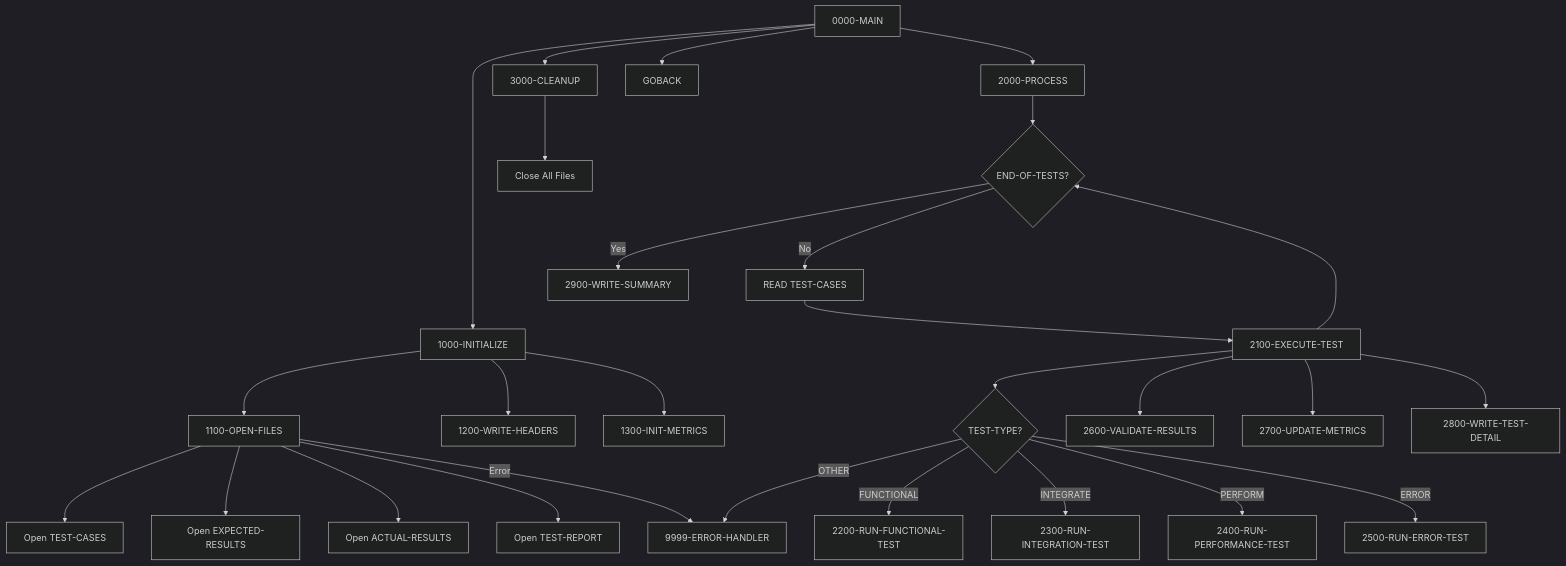
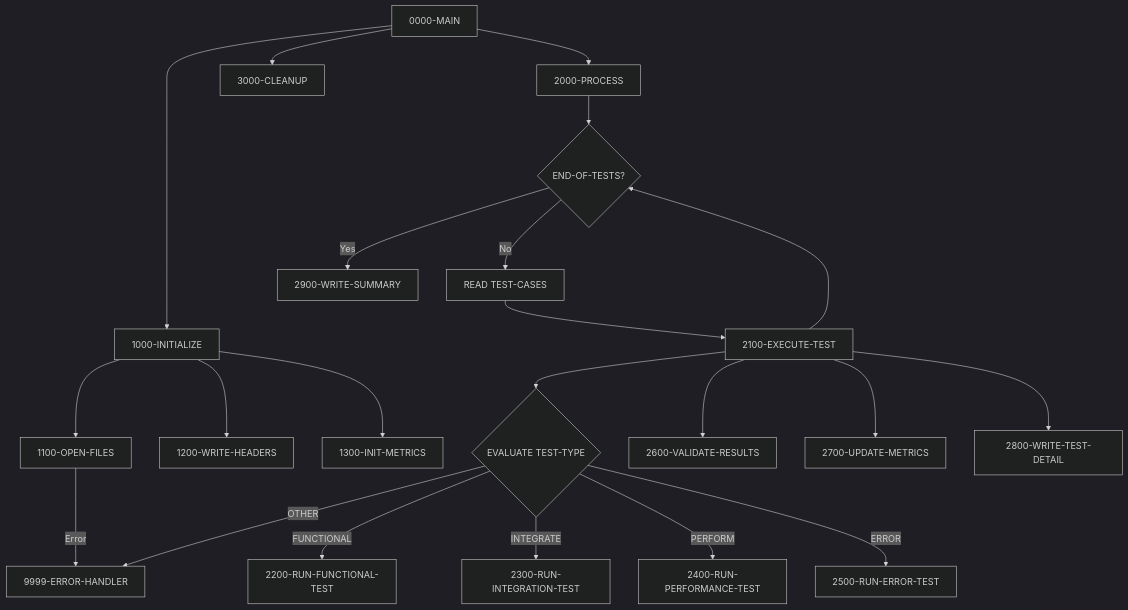
One commit to haladir-com/legacy-benchmark-docs-vb70e1 changed the diagram in docs/programs/TSTVAL00.mdx. Above: the diagram before and after it, drawn with Mermaid (dark theme). The commit also changed other lines of this file and 63 other files, not shown here.

````diff
--- a/docs/programs/TSTVAL00.mdx
+++ b/docs/programs/TSTVAL00.mdx
@@ -16,36 +20,29 @@
 ```mermaid
 graph TD
     A[0000-MAIN] --> B[1000-INITIALIZE]
     A --> C[2000-PROCESS]
     A --> D[3000-CLEANUP]
-    A --> E[GOBACK]
     
     B --> B1[1100-OPEN-FILES]
     B --> B2[1200-WRITE-HEADERS]
     B --> B3[1300-INIT-METRICS]
     
-    B1 --> B1a[Open TEST-CASES]
-    B1 --> B1b[Open EXPECTED-RESULTS]
-    B1 --> B1c[Open ACTUAL-RESULTS]
-    B1 --> B1d[Open TEST-REPORT]
-    B1 -->|Error| ERR[9999-ERROR-HANDLER]
+    B1 -->|Error| E[9999-ERROR-HANDLER]
     
     C --> C1{END-OF-TESTS?}
     C1 -->|No| C2[READ TEST-CASES]
     C2 --> C3[2100-EXECUTE-TEST]
     C3 --> C1
     C1 -->|Yes| C4[2900-WRITE-SUMMARY]
     
-    C3 --> T1{TEST-TYPE?}
-    T1 -->|FUNCTIONAL| T2[2200-RUN-FUNCTIONAL-TEST]
-    T1 -->|INTEGRATE| T3[2300-RUN-INTEGRATION-TEST]
-    T1 -->|PERFORM| T4[2400-RUN-PERFORMANCE-TEST]
-    T1 -->|ERROR| T5[2500-RUN-ERROR-TEST]
-    T1 -->|OTHER| ERR
+    C3 --> D1{EVALUATE TEST-TYPE}
+    D1 -->|FUNCTIONAL| D2[2200-RUN-FUNCTIONAL-TEST]
+    D1 -->|INTEGRATE| D3[2300-RUN-INTEGRATION-TEST]
+    D1 -->|PERFORM| D4[2400-RUN-PERFORMANCE-TEST]
+    D1 -->|ERROR| D5[2500-RUN-ERROR-TEST]
+    D1 -->|OTHER| E
     
-    C3 --> V1[2600-VALIDATE-RESULTS]
-    C3 --> V2[2700-UPDATE-METRICS]
-    C3 --> V3[2800-WRITE-TEST-DETAIL]
-    
-    D --> D1[Close All Files]
+    C3 --> D6[2600-VALIDATE-RESULTS]
+    C3 --> D7[2700-UPDATE-METRICS]
+    C3 --> D8[2800-WRITE-TEST-DETAIL]
 ```
````
